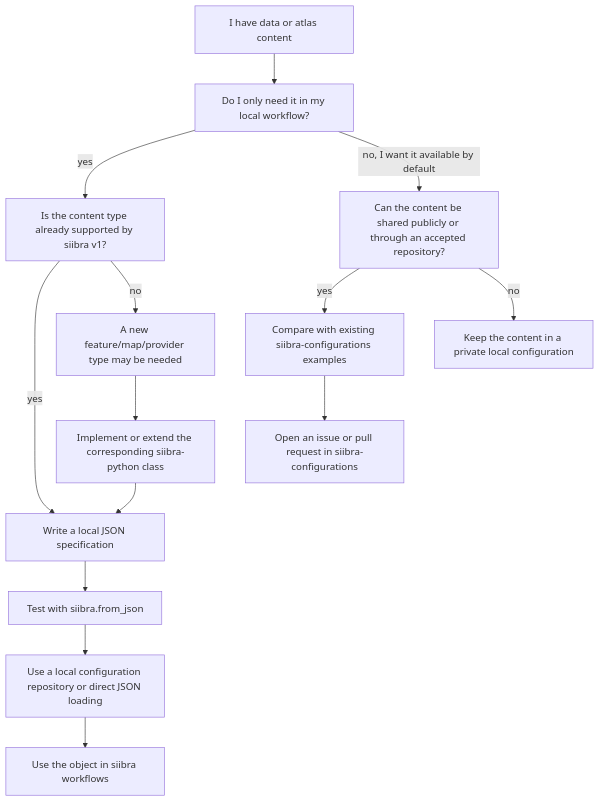
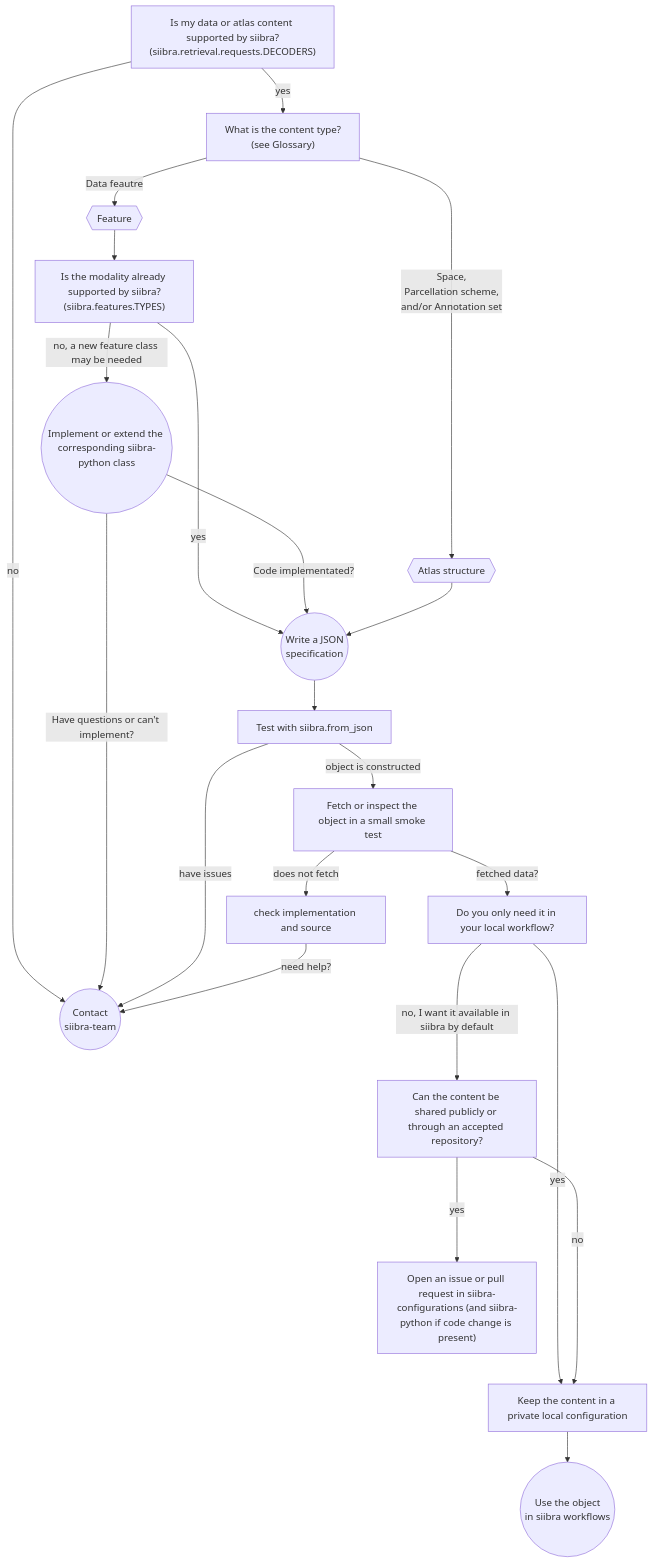
One commit to FZJ-INM1-BDA/siibra-python changed the diagram in docs/create_preconfiguration.md. Above: the diagram before and after it, drawn with Mermaid.

Commit message:
doc: update create config flowchart

````diff
--- a/docs/create_preconfiguration.md
+++ b/docs/create_preconfiguration.md
@@ -52,21 +52,30 @@
 ```{mermaid}
 flowchart TD
-  start["I have data or atlas content"] --> local["Do I only need it in my local workflow?"]
+  start["Is my data or atlas content supported by siibra?\n(siibra.retrieval.requests.DECODERS)"]
+  start -- "yes" --> contenttype["What is the content type?\n (see Glossary)"]
+  start -- "no" --> contact(("Contact\nsiibra-team"))
+  contenttype -- "Data feautre" --> feature{{"Feature"}}
+  contenttype -- "Space,\nParcellation scheme,\n and/or Annotation set" --> atlasstructure{{"Atlas structure"}}
+  feature --> supported["Is the modality already supported by siibra?\n(siibra.features.TYPES)"]
+  supported -- "yes" --> writejson(("Write a JSON\nspecification"))
+  supported -- "no, a new feature class may be needed" --> codechange(("Implement or extend the corresponding siibra-python class"))
+  codechange -- "Code implementated?" ---> writejson
+  atlasstructure --> writejson
+  codechange -- "Have questions or can't implement?" --> contact
 
-  local --> |"yes"| supported["Is the content type already supported by siibra v1?"]
-  local -->|"no, I want it available by default"| public["Can the content be shared publicly or through an accepted repository?"]
+  writejson --> fromjson["Test with siibra.from_json"]
+  fromjson -- "object is constructed" --> fetchtest["Fetch or inspect the object in a small smoke test"]
+  fromjson -- "have issues" --> contact
+  fetchtest -- "does not fetch" --> check["check implementation and source"] -- "need help?" --> contact
 
-  supported -- "yes" --> writejson["Write a local JSON specification"]
-  supported -- "no" --> newtype["A new feature/map/provider type may be needed"]
+  fetchtest -- "fetched data?" --> local["Do you only need it in your local workflow?"]
 
-  writejson --> testjson["Test with siibra.from_json"]
-  testjson --> localconfig["Use a local configuration repository or direct JSON loading"]
-  localconfig --> workflow["Use the object in siibra workflows"]
+  local -- "yes" --> private["Keep the content in a private local configuration"]
+  private --> workflow(("Use the object\nin siibra workflows"))
 
-  newtype --> codechange["Implement or extend the corresponding siibra-python class"]
-  codechange --> writejson
+  local -- "no, I want it available in siibra by default" ---> public["Can the content be shared publicly or through an accepted repository?"]
 
-  public -->|"yes"| compare["Compare with existing siibra-configurations examples"]
-  compare --> pr["Open an issue or pull request in siibra-configurations"]
-  public -->|"no"| private["Keep the content in a private local configuration"]
+  public -- "yes" ---> issue["Open an issue or pull request in siibra-configurations (and siibra-python if code change is present)"]
+
+  public -- "no" ----> private
 ```
````
